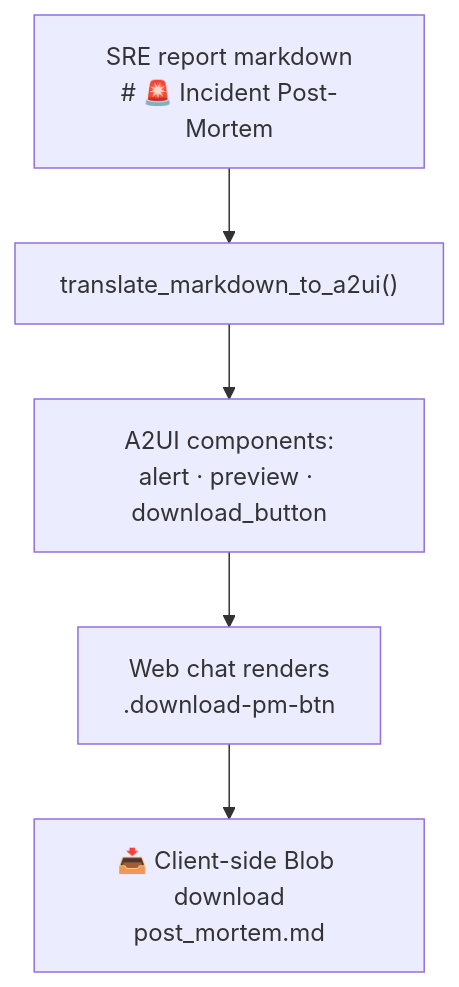
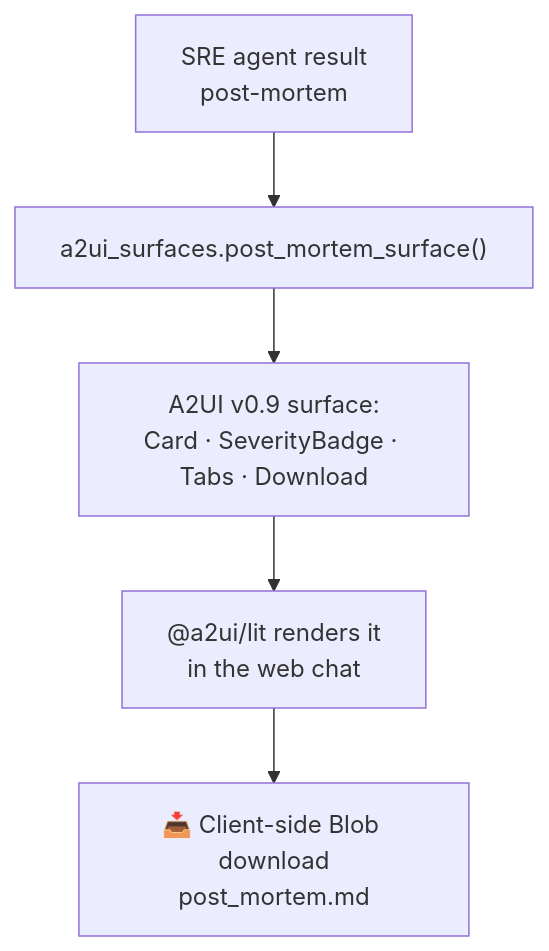
One commit to xSAVIKx/sre-agent changed the fourth of 5 diagrams in BLOGPOST.md. Above: the diagram before and after it, drawn with Mermaid. The commit also changed other lines of this file and 40 other files, not shown here.

````diff
--- a/BLOGPOST.md
+++ b/BLOGPOST.md
@@ -216,7 +216,7 @@
 ```mermaid
 flowchart TB
-    R["SRE report markdown<br/># 🚨 Incident Post-Mortem"] --> T["translate_markdown_to_a2ui()"]
-    T --> C["A2UI components:<br/>alert · preview · download_button"]
-    C --> B["Web chat renders<br/>.download-pm-btn"]
+    R["SRE agent result<br/>post-mortem"] --> T["a2ui_surfaces.post_mortem_surface()"]
+    T --> C["A2UI v0.9 surface:<br/>Card · SeverityBadge · Tabs · Download"]
+    C --> B["@a2ui/lit renders it<br/>in the web chat"]
     B --> D["📥 Client-side Blob download<br/>post_mortem.md"]
 ```
````
